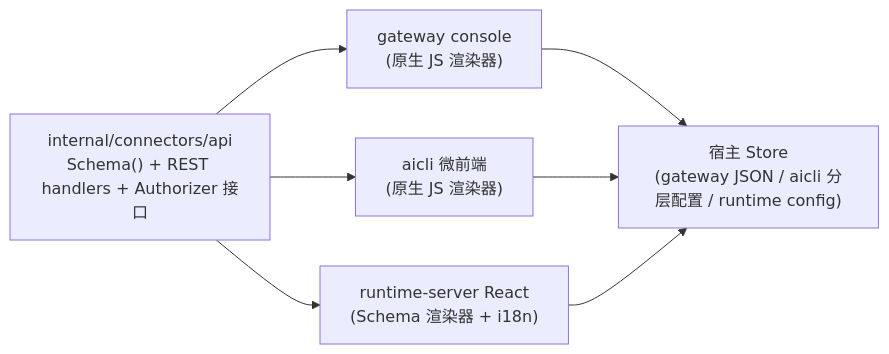
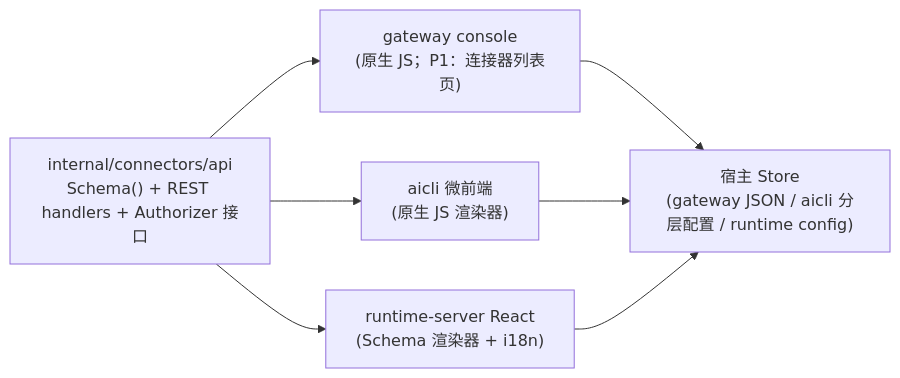
One commit to wwsheng009/ai-agent-runtime changed the fifth of 6 diagrams in docs/bots/06-target-architecture.md. Above: the diagram before and after it, drawn with Mermaid. The commit also changed other lines of this file and 12 other files, not shown here.

````diff
--- a/docs/bots/06-target-architecture.md
+++ b/docs/bots/06-target-architecture.md
@@ -218,15 +228,15 @@
 ```mermaid
 graph LR
     SCHEMA["internal/connectors/api\nSchema() + REST handlers + Authorizer 接口"]
-    GWC["gateway console\n(原生 JS 渲染器)"]
+    GWC["gateway console\n(原生 JS；P1：连接器列表页)"]
     MFC["aicli 微前端\n(原生 JS 渲染器)"]
     RSC["runtime-server React\n(Schema 渲染器 + i18n)"]
     STORE["宿主 Store\n(gateway JSON / aicli 分层配置 / runtime config)"]
 
     SCHEMA --> GWC
     SCHEMA --> MFC
     SCHEMA --> RSC
     GWC --> STORE
     MFC --> STORE
     RSC --> STORE
 ```
````
